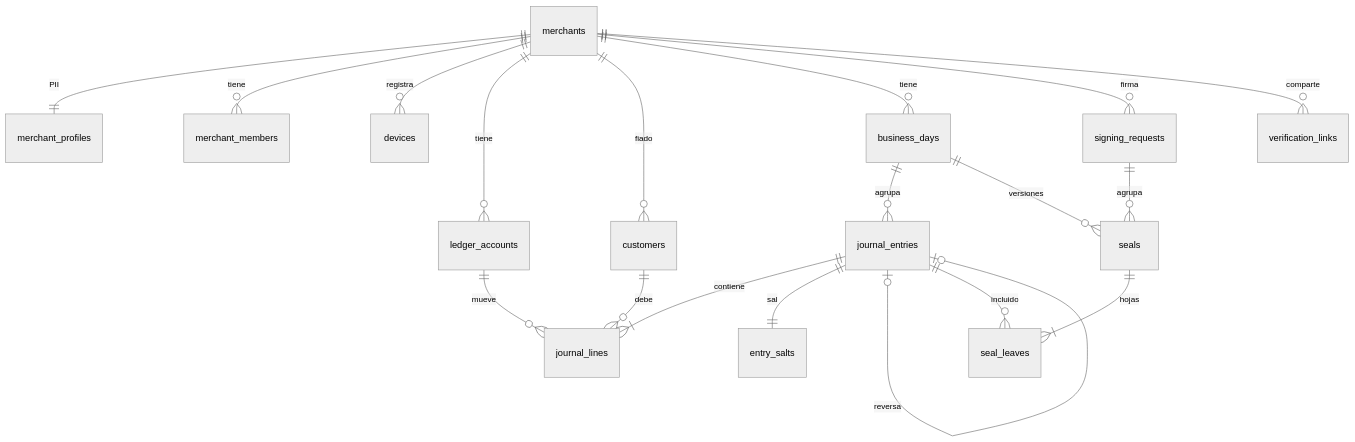
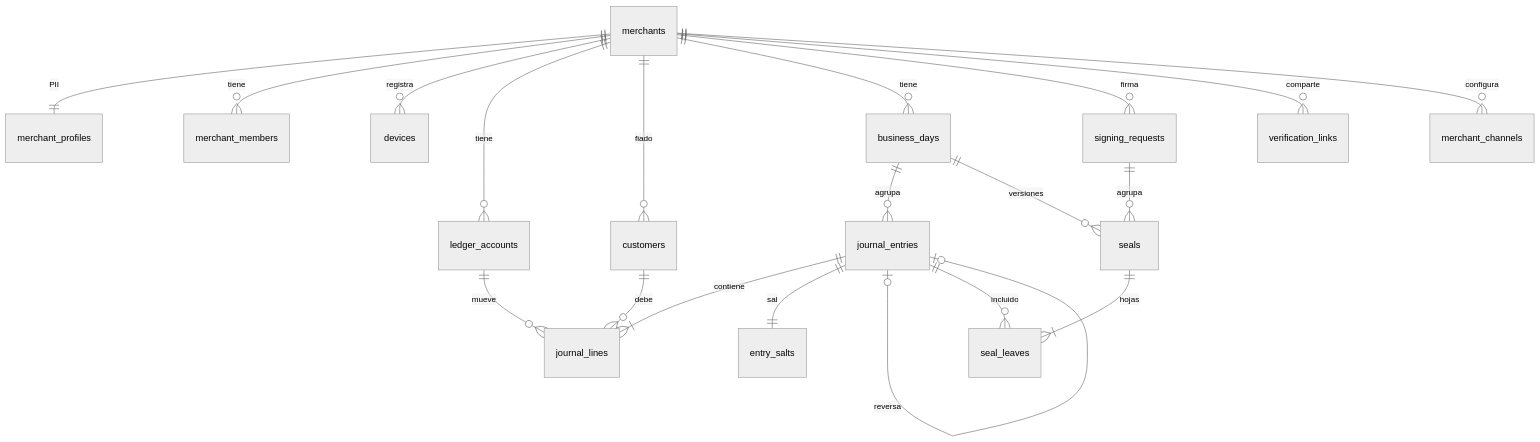
One commit to andreMD287/Bimo changed the diagram in docs/specs/01-modelo-de-datos.md. Above: the diagram before and after it, drawn with Mermaid (neutral theme). The commit also changed other lines of this file and 2 other files, not shown here.

````diff
--- a/docs/specs/01-modelo-de-datos.md
+++ b/docs/specs/01-modelo-de-datos.md
@@ -28,21 +28,22 @@
 ```mermaid
 erDiagram
   merchants ||--|| merchant_profiles : "PII"
   merchants ||--o{ merchant_members : tiene
   merchants ||--o{ devices : registra
   merchants ||--o{ ledger_accounts : tiene
   merchants ||--o{ customers : "fiado"
   merchants ||--o{ business_days : tiene
   business_days ||--o{ journal_entries : agrupa
   journal_entries ||--|{ journal_lines : contiene
   journal_entries ||--|| entry_salts : "sal"
   journal_entries o|--o| journal_entries : reversa
   ledger_accounts ||--o{ journal_lines : mueve
   customers ||--o{ journal_lines : debe
   business_days ||--o{ seals : versiones
   merchants ||--o{ signing_requests : firma
   signing_requests ||--o{ seals : agrupa
   seals ||--|{ seal_leaves : hojas
   journal_entries ||--o{ seal_leaves : incluido
   merchants ||--o{ verification_links : comparte
+  merchants ||--o{ merchant_channels : configura
 ```
````
